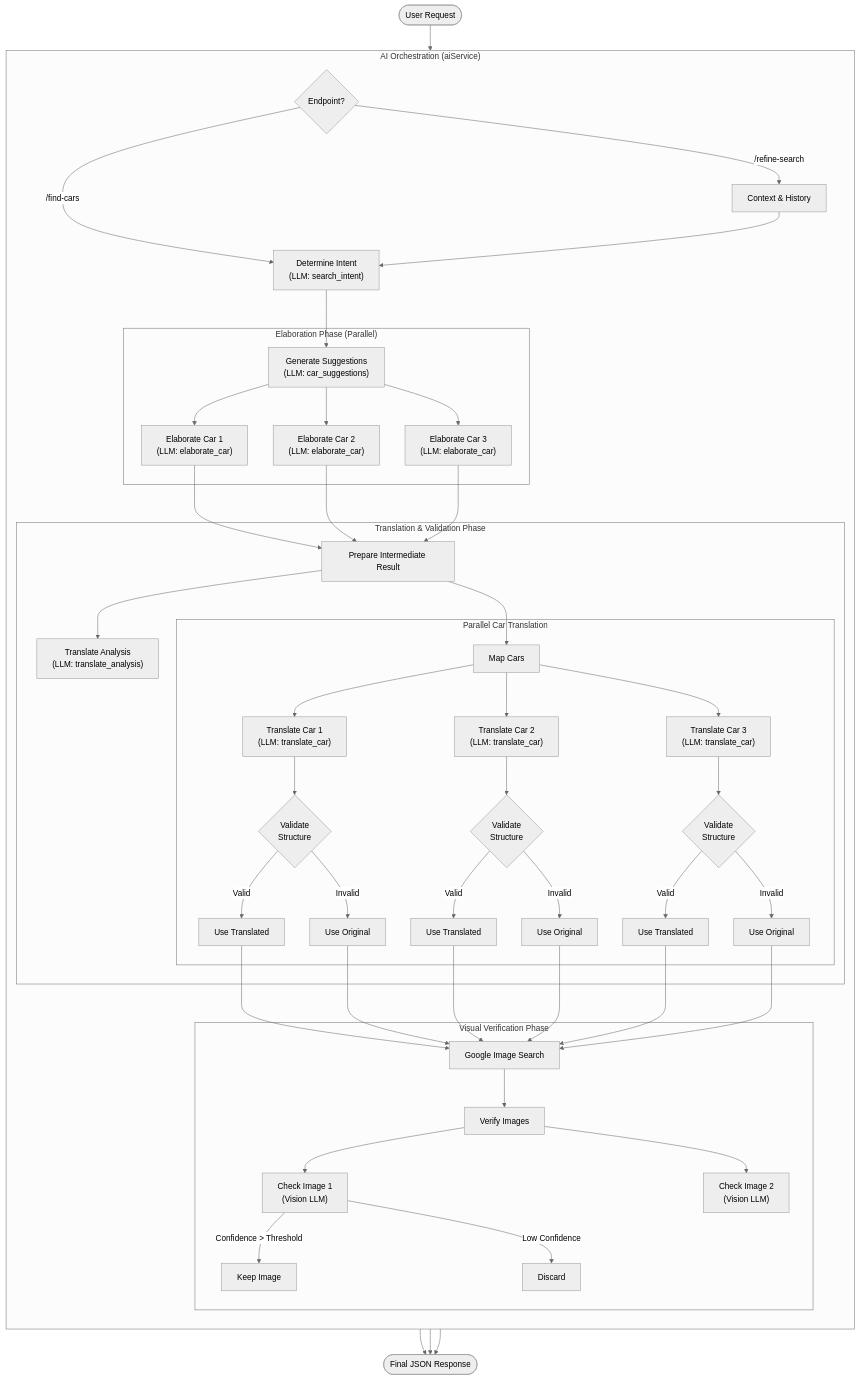
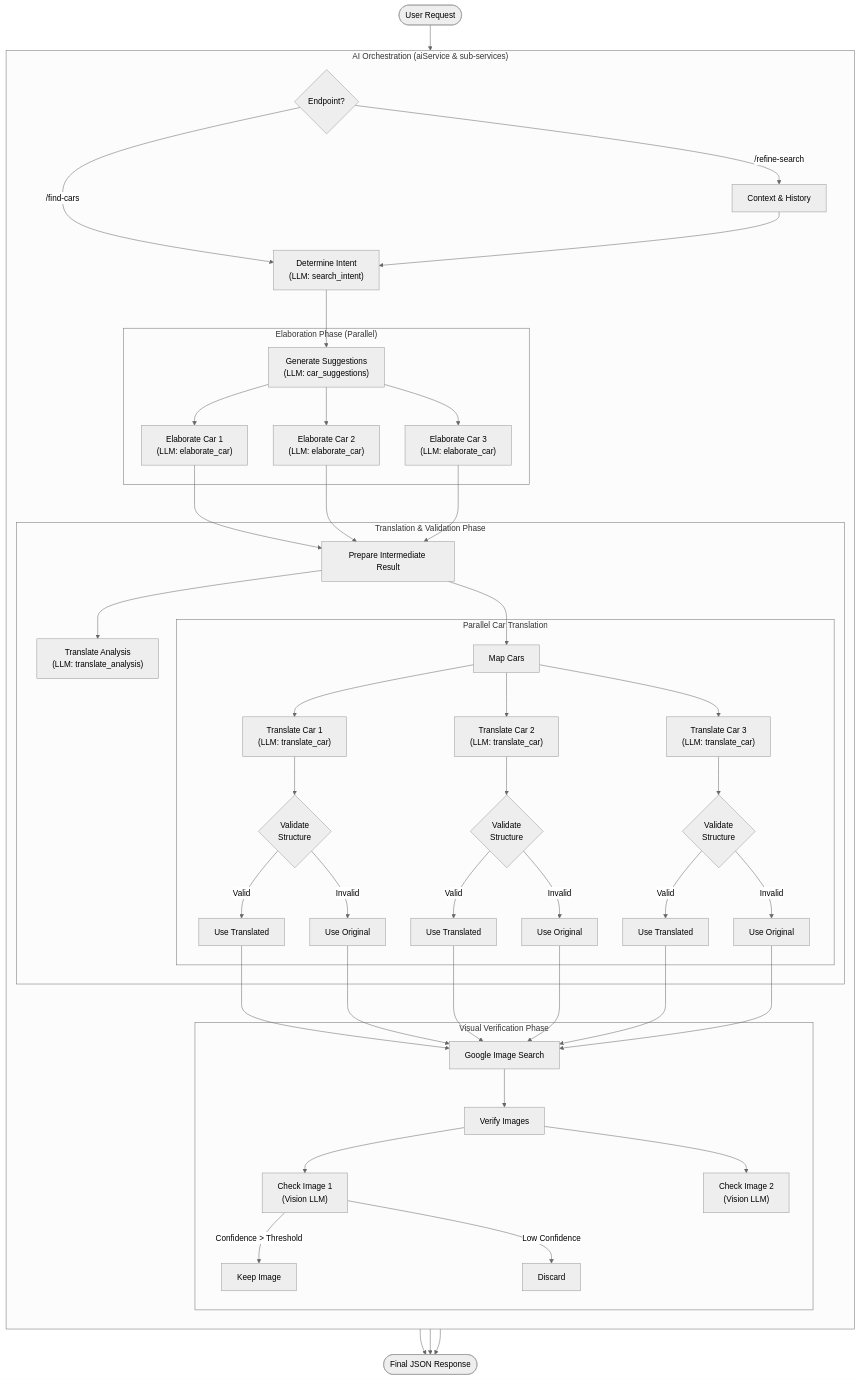
One commit to lucapalomba/carGPT changed the diagram in README.md. Above: the diagram before and after it, drawn with Mermaid (neutral theme). The commit also changed other lines of this file and 2 other files, not shown here.

Commit message:
chore(docs): update docs with new specialized services strategy

````diff
--- a/README.md
+++ b/README.md
@@ -234,58 +234,58 @@
 ```mermaid
 flowchart TD
     User([User Request]) --> Router{Endpoint?}
     
-    subgraph "AI Orchestration (aiService)"
+    subgraph "AI Orchestration (aiService & sub-services)"
         direction TB
         Router -->|/find-cars| Intent["Determine Intent<br/>(LLM: search_intent)"]
         Router -->|/refine-search| Refine[Context & History]
         Refine --> Intent
         
         Intent --> Suggestions["Generate Suggestions<br/>(LLM: car_suggestions)"]
         
         subgraph "Elaboration Phase (Parallel)"
             Suggestions --> Elab1["Elaborate Car 1<br/>(LLM: elaborate_car)"]
             Suggestions --> Elab2["Elaborate Car 2<br/>(LLM: elaborate_car)"]
             Suggestions --> Elab3["Elaborate Car 3<br/>(LLM: elaborate_car)"]
         end
         
         Elab1 & Elab2 & Elab3 --> PrepareTrans[Prepare Intermediate Result]
         
         subgraph "Translation & Validation Phase"
             PrepareTrans --> TransAnalysis["Translate Analysis<br/>(LLM: translate_analysis)"]
             PrepareTrans --> TransCars
             
             subgraph "Parallel Car Translation"
                 TransCars[Map Cars] --> TC1["Translate Car 1<br/>(LLM: translate_car)"]
                 TransCars --> TC2["Translate Car 2<br/>(LLM: translate_car)"]
                 TransCars --> TC3["Translate Car 3<br/>(LLM: translate_car)"]
                 
                 TC1 --> Val1{"Validate<br/>Structure"}
                 TC2 --> Val2{"Validate<br/>Structure"}
                 TC3 --> Val3{"Validate<br/>Structure"}
                 
                 Val1 -->|Valid| OK1[Use Translated]
                 Val1 -->|Invalid| Fallback1[Use Original]
                 
                 Val2 -->|Valid| OK2[Use Translated]
                 Val2 -->|Invalid| Fallback2[Use Original]
                 
                 Val3 -->|Valid| OK3[Use Translated]
                 Val3 -->|Invalid| Fallback3[Use Original]
             end
         end
         
         OK1 & Fallback1 & OK2 & Fallback2 & OK3 & Fallback3 --> ImageSearch
         
         subgraph "Visual Verification Phase"
             ImageSearch[Google Image Search] --> Verify[Verify Images]
             Verify --> Vision1["Check Image 1<br/>(Vision LLM)"]
             Verify --> Vision2["Check Image 2<br/>(Vision LLM)"]
             
             Vision1 -->|Confidence > Threshold| Keep1[Keep Image]
             Vision1 -->|Low Confidence| Drop1[Discard]
         end
     end
     
     TransAnalysis & Keep1 & Drop1 --> FinalResponse([Final JSON Response])
 ```
````
